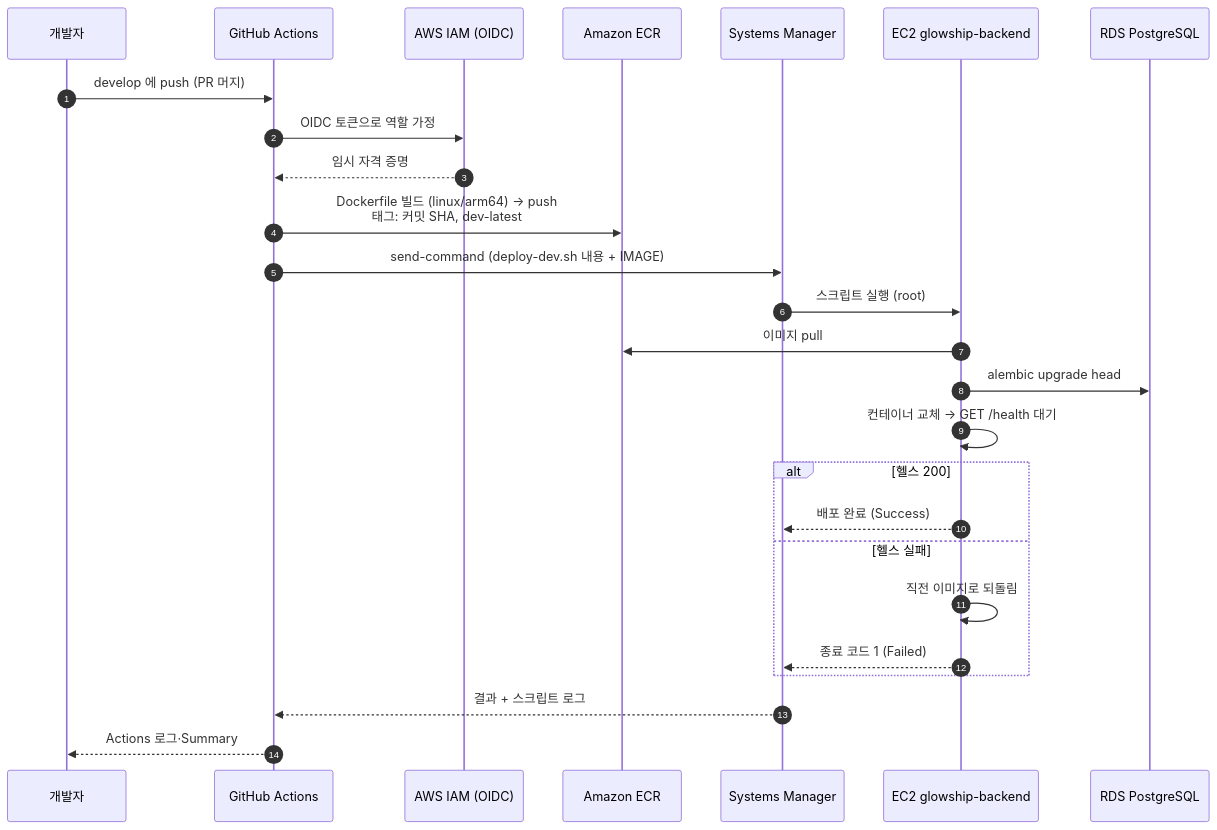
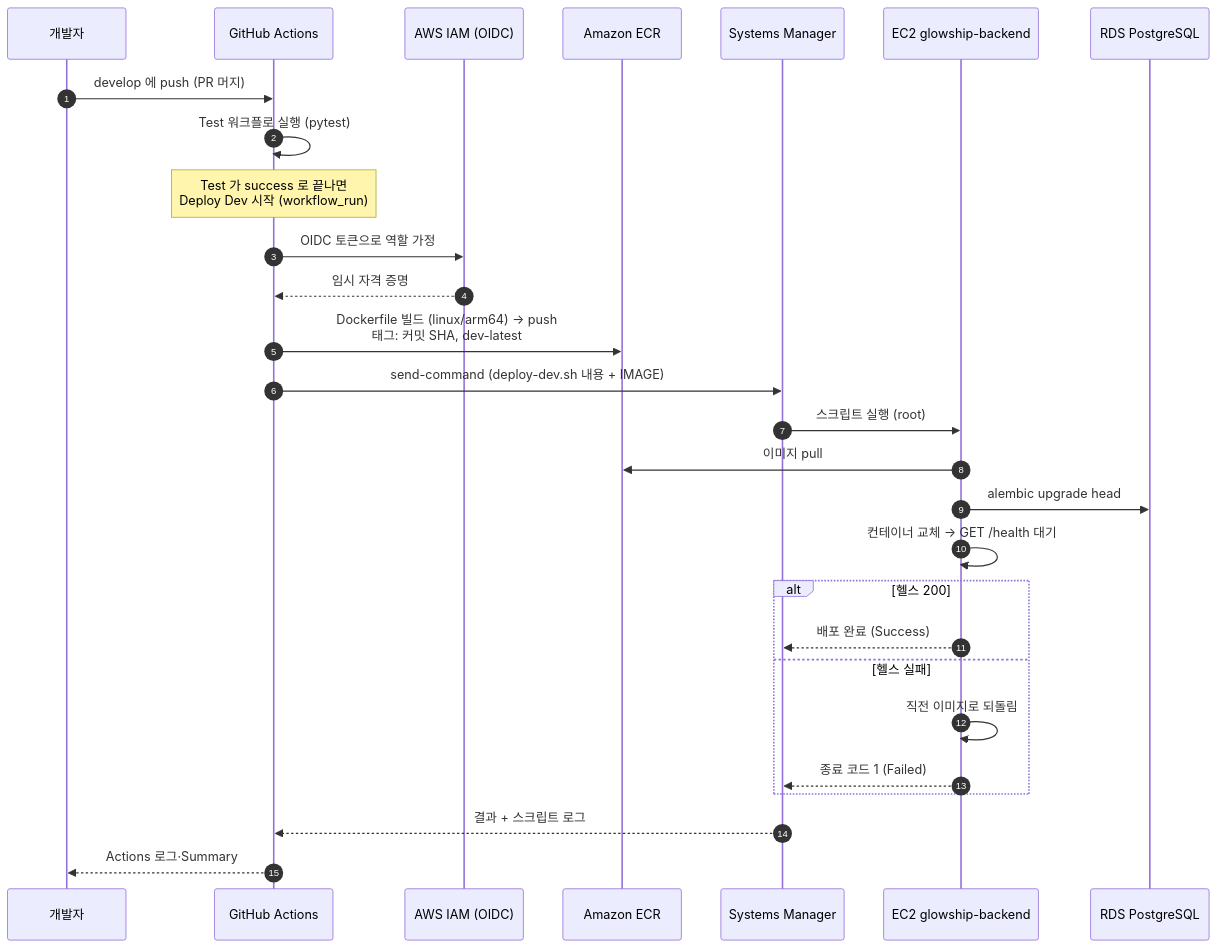
The third of 6 diagrams in docs/backend/ci-cd.md (K-GlowShip/glowship-server), drawn with Mermaid before and after one commit. The commit also changed other lines of this file, not shown here.

````diff
--- a/docs/backend/ci-cd.md
+++ b/docs/backend/ci-cd.md
@@ -120,29 +120,31 @@
 ```mermaid
 sequenceDiagram
     autonumber
     participant Dev as 개발자
     participant GH as GitHub Actions
     participant IAM as AWS IAM (OIDC)
     participant ECR as Amazon ECR
     participant SSM as Systems Manager
     participant EC2 as EC2 glowship-backend
     participant RDS as RDS PostgreSQL
 
     Dev->>GH: develop 에 push (PR 머지)
+    GH->>GH: Test 워크플로 실행 (pytest)
+    Note over GH: Test 가 success 로 끝나면<br/>Deploy Dev 시작 (workflow_run)
     GH->>IAM: OIDC 토큰으로 역할 가정
     IAM-->>GH: 임시 자격 증명
     GH->>ECR: Dockerfile 빌드 (linux/arm64) → push<br/>태그: 커밋 SHA, dev-latest
     GH->>SSM: send-command (deploy-dev.sh 내용 + IMAGE)
     SSM->>EC2: 스크립트 실행 (root)
     EC2->>ECR: 이미지 pull
     EC2->>RDS: alembic upgrade head
     EC2->>EC2: 컨테이너 교체 → GET /health 대기
     alt 헬스 200
         EC2-->>SSM: 배포 완료 (Success)
     else 헬스 실패
         EC2->>EC2: 직전 이미지로 되돌림
         EC2-->>SSM: 종료 코드 1 (Failed)
     end
     SSM-->>GH: 결과 + 스크립트 로그
     GH-->>Dev: Actions 로그·Summary
 ```
````
